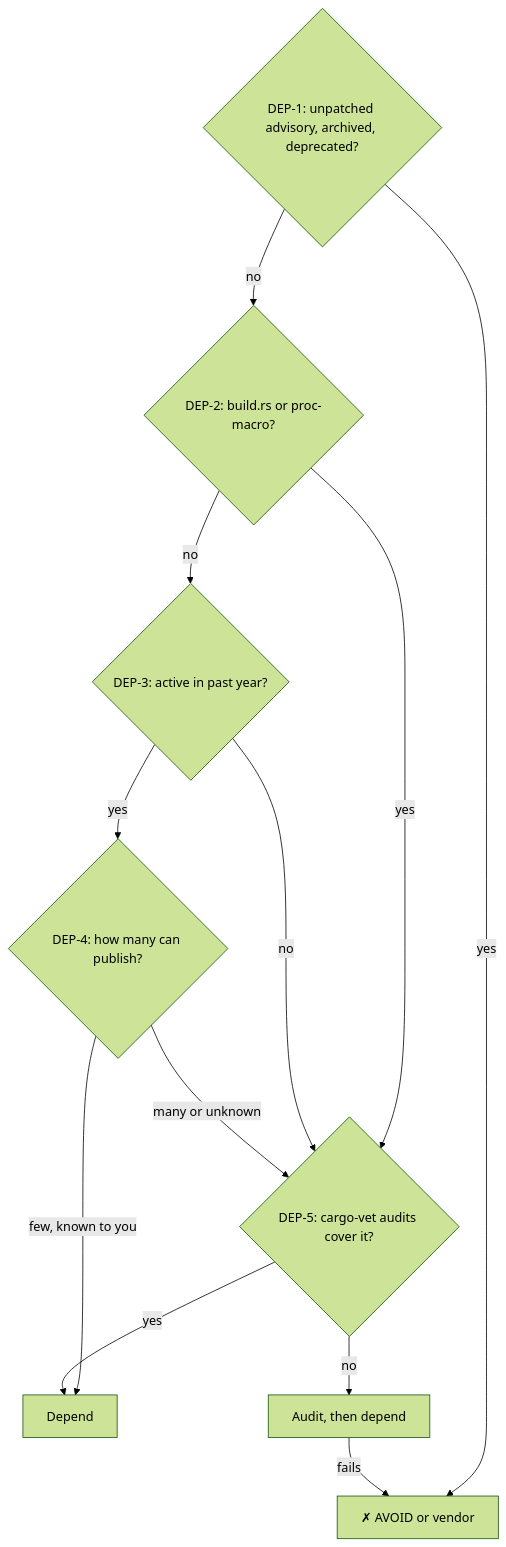
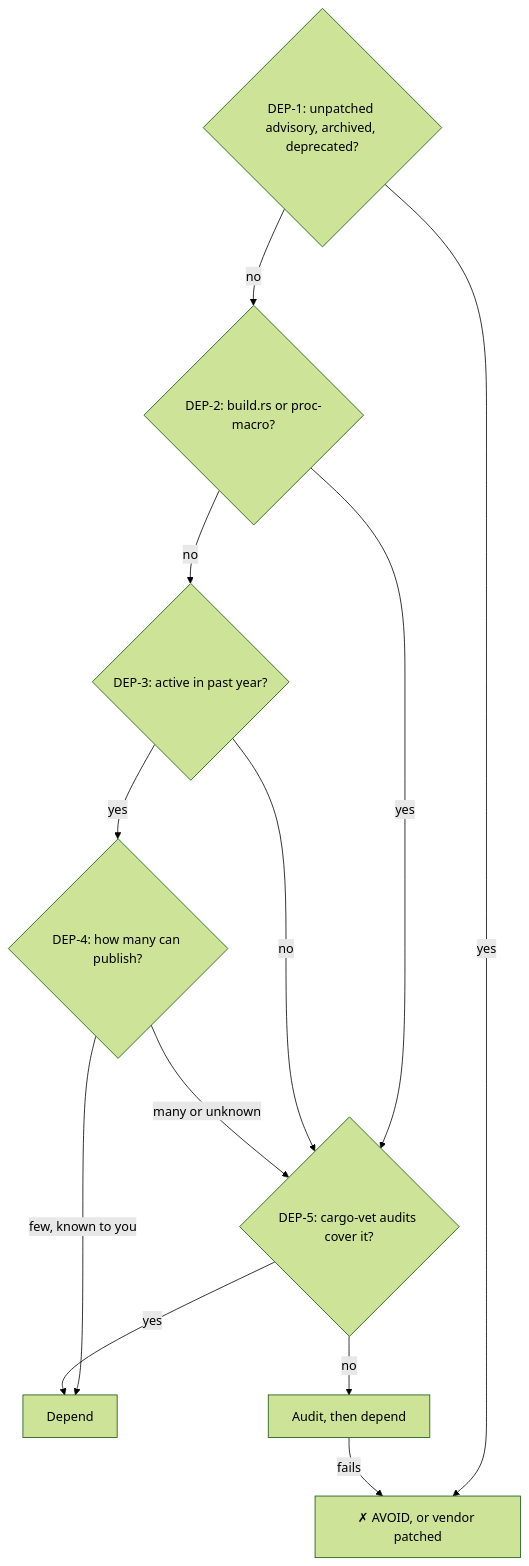
One commit to iAnonymous3000/awesome-rust-security-guide changed the second of 3 diagrams in README.md. Above: the diagram before and after it, drawn with Mermaid (forest theme). The commit also changed other lines of this file and 2 other files, not shown here.

````diff
--- a/README.md
+++ b/README.md
@@ -151,16 +153,16 @@
 ```mermaid
 flowchart TD
     accTitle: Crate vetting decision flow
-    accDescr: Each question is answered by the check with the same ID below. An unpatched advisory, archived repository or deprecation (DEP-1) means avoid or vendor. A crate with build-time code (DEP-2), no activity in the past year (DEP-3), or many or unknown publishers (DEP-4) must be covered by imported cargo-vet audits (DEP-5) or by your own audit. Otherwise depend on it. A failed audit means avoid or vendor.
-    Q1{"DEP-1: unpatched advisory, archived, deprecated?"} -->|yes| X["✗ AVOID or vendor"]
+    accDescr: Each question is answered by the check with the same ID below. An unpatched advisory, archived repository or deprecation (DEP-1) means avoid, or vendor a patched copy. A crate with build-time code (DEP-2), no activity in the past year (DEP-3), or many or unknown publishers (DEP-4) must be covered by imported cargo-vet audits (DEP-5) or by your own audit. Otherwise depend on it. A failed audit means avoid, or vendor a patched copy.
+    Q1{"DEP-1: unpatched advisory, archived, deprecated?"} -->|yes| X["✗ AVOID, or vendor patched"]
     Q1 -->|no| Q2{"DEP-2: build.rs or proc-macro?"}
     Q2 -->|no| Q3{"DEP-3: active in past year?"}
     Q2 -->|yes| Q5{"DEP-5: cargo-vet audits cover it?"}
     Q3 -->|no| Q5
     Q3 -->|yes| Q4{"DEP-4: how many can publish?"}
     Q4 -->|"many or unknown"| Q5
     Q4 -->|"few, known to you"| D["Depend"]
     Q5 -->|yes| D
     Q5 -->|no| A["Audit, then depend"]
     A -->|fails| X
 ```
````
